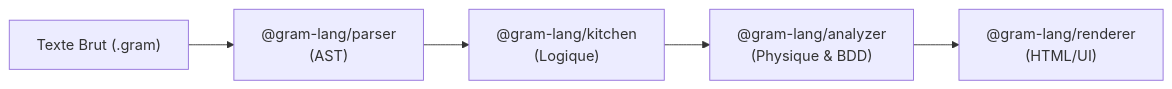
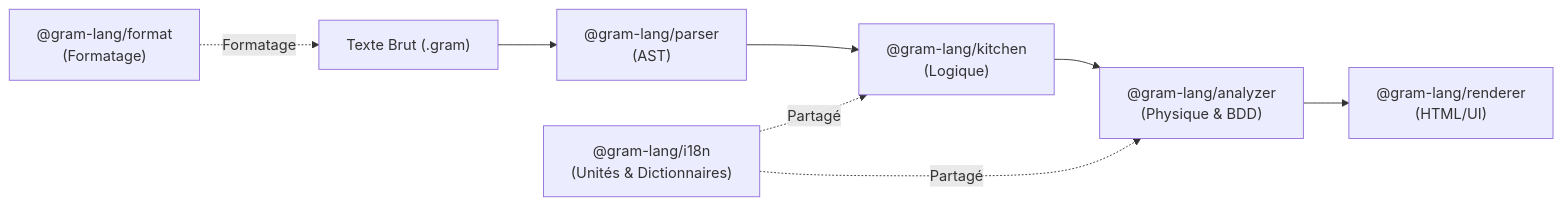
Before and after one commit to gram-lang/gram: the diagram in packages/docs/src/fr/explanation/engine/lifecycle.md, drawn with Mermaid. The commit also changed other lines of this file and 30 other files, not shown here.

````diff
--- a/packages/docs/src/fr/explanation/engine/lifecycle.md
+++ b/packages/docs/src/fr/explanation/engine/lifecycle.md
@@ -40,7 +44,10 @@
 ```mermaid
 graph LR
   Raw["Texte Brut (.gram)"] --> Parser["@gram-lang/parser<br/>(AST)"]
   Parser --> Kitchen["@gram-lang/kitchen<br/>(Logique)"]
   Kitchen --> Analyzer["@gram-lang/analyzer<br/>(Physique & BDD)"]
   Analyzer --> Renderer["@gram-lang/renderer<br/>(HTML/UI)"]
+  Format["@gram-lang/format<br/>(Formatage)"] -. Formatage .-> Raw
+  I18n["@gram-lang/i18n<br/>(Unités & Dictionnaires)"] -. Partagé .-> Kitchen
+  I18n -. Partagé .-> Analyzer
 ```
````
